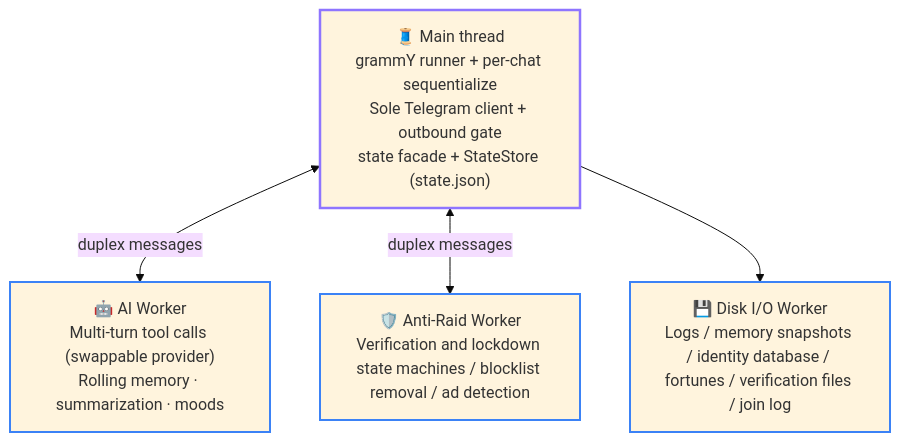
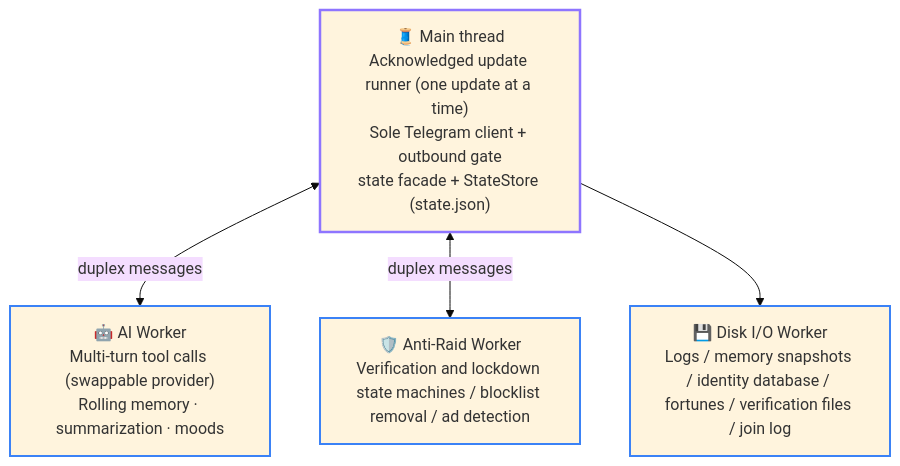
Before and after one commit to Asashishi/copy_ninjia: the first of 2 diagrams in docs/en/02-architecture.md, drawn with Mermaid (base theme). The commit also changed other lines of this file and 100 other files, not shown here.

````diff
--- a/docs/en/02-architecture.md
+++ b/docs/en/02-architecture.md
@@ -17,14 +17,14 @@
 ```mermaid
 flowchart TD
     classDef main stroke:#8e75ff,stroke-width:2.5px;
     classDef worker stroke:#3b82f6,stroke-width:2px;
 
-    MAIN["🧵 Main thread<br/>grammY runner + per-chat sequentialize<br/>Sole Telegram client + outbound gate<br/>state facade + StateStore (state.json)"]:::main
+    MAIN["🧵 Main thread<br/>Acknowledged update runner (one update at a time)<br/>Sole Telegram client + outbound gate<br/>state facade + StateStore (state.json)"]:::main
     AI["🤖 AI Worker<br/>Multi-turn tool calls (swappable provider)<br/>Rolling memory · summarization · moods"]:::worker
     RAID["🛡️ Anti-Raid Worker<br/>Verification and lockdown state machines / blocklist removal / ad detection"]:::worker
     DISK["💾 Disk I/O Worker<br/>Logs / memory snapshots / identity database / fortunes / verification files / join log"]:::worker
 
     MAIN <-->|duplex messages| AI
     MAIN <-->|duplex messages| RAID
     MAIN --> DISK
 ```
````
